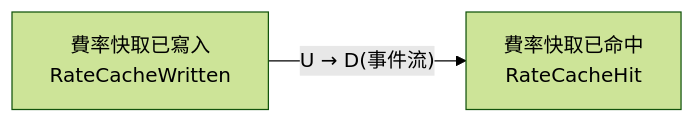
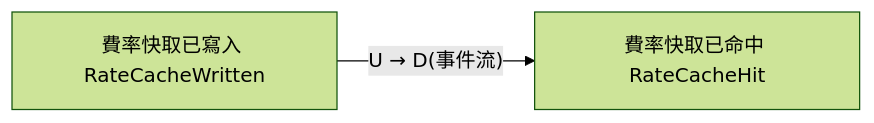
The second of 12 diagrams in README.md (ChunPingWang/agentic-platform-result-0922), drawn with Mermaid (forest theme) before and after one commit. The commit also changed other lines of this file, not shown here.

Commit message:
docs(readme): 修正多行名稱破壞 mermaid/表格渲染;移除 ER 雜訊實體

````diff
--- a/README.md
+++ b/README.md
@@ -114,8 +53,6 @@
 ```mermaid
 flowchart LR
-    費率快取已寫入RateCacheWritten["費率快取已寫入
-RateCacheWritten"]
-    費率快取已命中RateCacheHit["費率快取已命中
-RateCacheHit"]
+    費率快取已寫入RateCacheWritten["費率快取已寫入 RateCacheWritten"]
+    費率快取已命中RateCacheHit["費率快取已命中 RateCacheHit"]
     費率快取已寫入RateCacheWritten -- "U → D(事件流)" --> 費率快取已命中RateCacheHit
 ```
````
